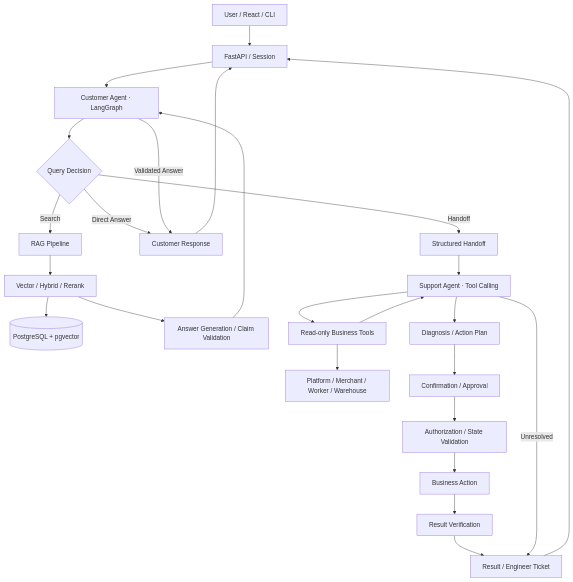
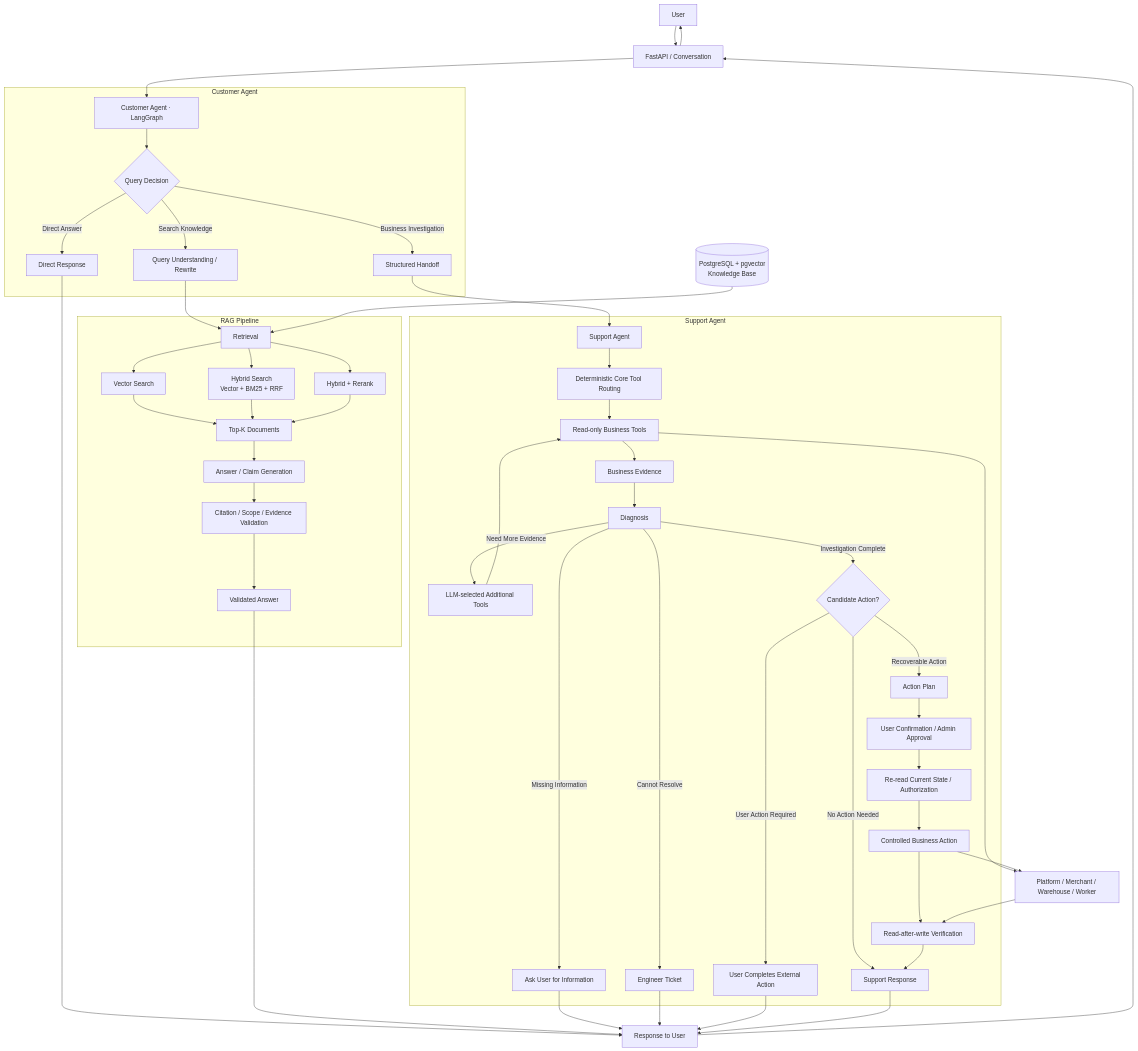
Before and after one commit to charliehcui/resolve-ai: the diagram in README.md, drawn with Mermaid. The commit also changed other lines of this file, not shown here.

Commit message:
doc/update readme

````diff
--- a/README.md
+++ b/README.md
@@ -35,34 +35,90 @@
 ```mermaid
 flowchart TD
-    U["User / React / CLI"] --> API["FastAPI / Session"]
+    U["User"] --> API["FastAPI / Conversation"]
 
-    API --> CA["Customer Agent · LangGraph"]
-    CA --> Decision{"Query Decision"}
+    %% =========================
+    %% Customer Agent
+    %% =========================
+    subgraph CUSTOMER["Customer Agent"]
+        CA["Customer Agent · LangGraph"]
+        Decision{"Query Decision"}
 
-    Decision -->|"Search"| RAG["RAG Pipeline"]
-    RAG --> Search["Vector / Hybrid / Rerank"]
-    Search --> DB[("PostgreSQL + pgvector")]
-    Search --> Claims["Answer Generation / Claim Validation"]
-    Claims --> CA
+        CA --> Decision
 
-    Decision -->|"Direct Answer"| Answer["Customer Response"]
-    CA -->|"Validated Answer"| Answer
+        Decision -->|"Direct Answer"| Direct["Direct Response"]
+        Decision -->|"Search Knowledge"| Query["Query Understanding / Rewrite"]
+        Decision -->|"Business Investigation"| Handoff["Structured Handoff"]
+    end
 
-    Decision -->|"Handoff"| H["Structured Handoff"]
-    H --> SA["Support Agent · Tool Calling"]
+    API --> CA
+    Direct --> Response["Response to User"]
 
-    SA --> Tools["Read-only Business Tools"]
-    Tools --> Sim["Platform / Merchant / Worker / Warehouse"]
-    Tools --> SA
+    %% =========================
+    %% RAG
+    %% =========================
+    subgraph RAG["RAG Pipeline"]
+        Query --> Retrieval["Retrieval"]
 
-    SA --> Diagnosis["Diagnosis / Action Plan"]
-    Diagnosis --> Approval["Confirmation / Approval"]
-    Approval --> Guard["Authorization / State Validation"]
-    Guard --> Execute["Business Action"]
-    Execute --> Verify["Result Verification"]
-    Verify --> Result["Result / Engineer Ticket"]
+        Retrieval --> Vector["Vector Search"]
+        Retrieval --> Hybrid["Hybrid Search<br/>Vector + BM25 + RRF"]
+        Retrieval --> Rerank["Hybrid + Rerank"]
 
-    SA -->|"Unresolved"| Result
-    Result --> API
-    Answer --> API
+        Vector --> TopK["Top-K Documents"]
+        Hybrid --> TopK
+        Rerank --> TopK
+
+        TopK --> Generate["Answer / Claim Generation"]
+        Generate --> Validate["Citation / Scope / Evidence Validation"]
+        Validate --> RAGAnswer["Validated Answer"]
+    end
+
+    RAGAnswer --> Response
+
+    %% =========================
+    %% Support Agent
+    %% =========================
+    subgraph SUPPORT["Support Agent"]
+        Handoff --> SA["Support Agent"]
+
+        SA --> CoreTools["Deterministic Core Tool Routing"]
+        CoreTools --> ReadTools["Read-only Business Tools"]
+        ReadTools --> Evidence["Business Evidence"]
+
+        Evidence --> Diagnose["Diagnosis"]
+
+        Diagnose -->|"Need More Evidence"| ExtraTools["LLM-selected Additional Tools"]
+        ExtraTools --> ReadTools
+
+        Diagnose -->|"Missing Information"| AskUser["Ask User for Information"]
+        Diagnose -->|"Cannot Resolve"| Human["Engineer Ticket"]
+        Diagnose -->|"Investigation Complete"| Action{"Candidate Action?"}
+
+        Action -->|"No Action Needed"| SupportAnswer["Support Response"]
+        Action -->|"User Action Required"| UserAction["User Completes External Action"]
+        Action -->|"Recoverable Action"| Plan["Action Plan"]
+
+        Plan --> Approval["User Confirmation / Admin Approval"]
+        Approval --> PreCheck["Re-read Current State / Authorization"]
+        PreCheck --> Execute["Controlled Business Action"]
+        Execute --> Verify["Read-after-write Verification"]
+
+        Verify --> SupportAnswer
+    end
+
+    AskUser --> Response
+    Human --> Response
+    UserAction --> Response
+    SupportAnswer --> Response
+
+    %% =========================
+    %% Business / Data
+    %% =========================
+    KB[("PostgreSQL + pgvector<br/>Knowledge Base")] --> Retrieval
+
+    ReadTools --> Business["Platform / Merchant / Warehouse / Worker"]
+    Execute --> Business
+    Business --> Verify
+
+    Response --> API
+    API --> U
 ```
````
